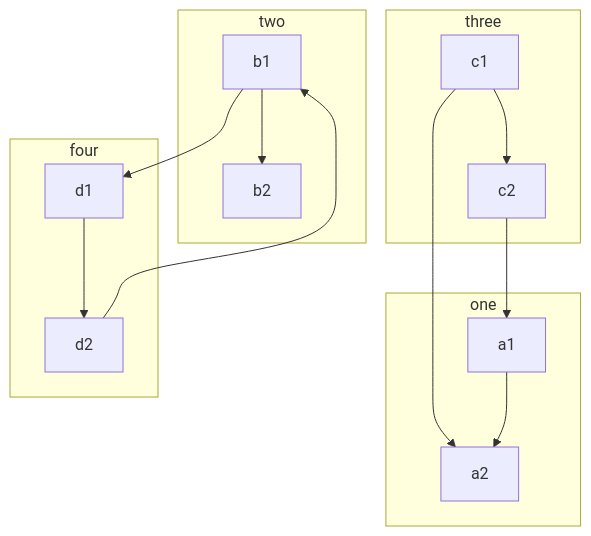
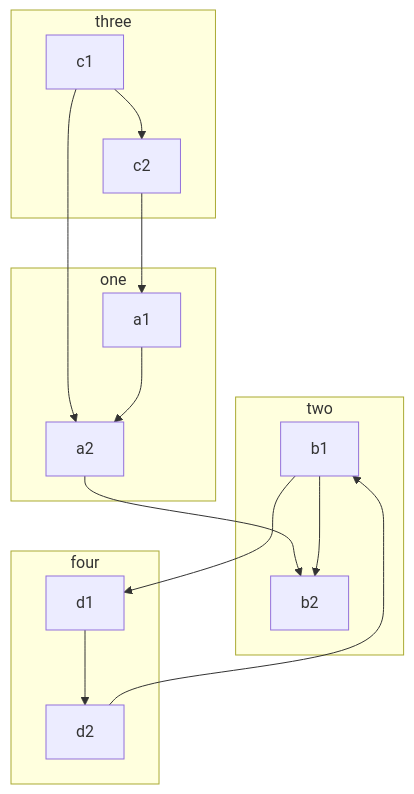
One commit to Zuni2009/Zuni2009.github.io changed the diagram in _posts/2021-04-27-dark-mode.md. Above: the diagram before and after it, drawn with Mermaid.

```diff
--- a/_posts/2021-04-27-dark-mode.md
+++ b/_posts/2021-04-27-dark-mode.md
@@ -85,19 +85,20 @@
 <div class="mermaid">
 flowchart TB
     c1-->a2
     c2-->a1
     b1-->d1
     d2-->b1
+    a2-->b2
     subgraph one
     a1-->a2
     end
     subgraph two
     b1-->b2
     end
     subgraph three
     c1-->c2
     end
     subgraph four
     d1-->d2
     end
 </div>
```
